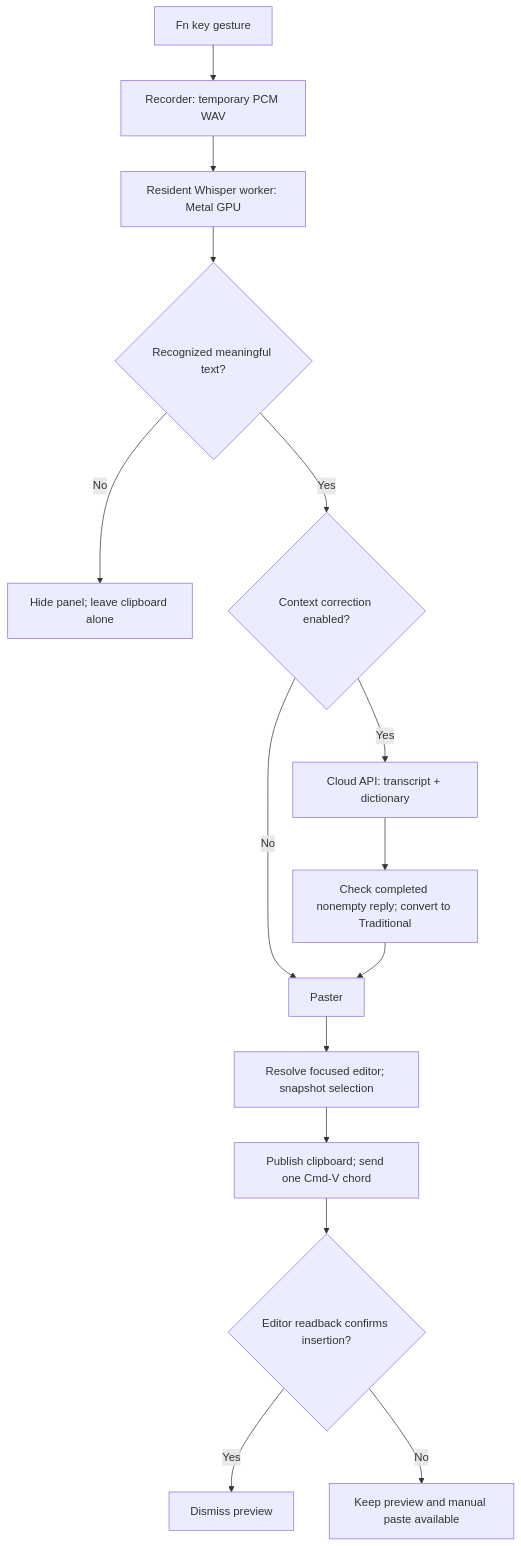
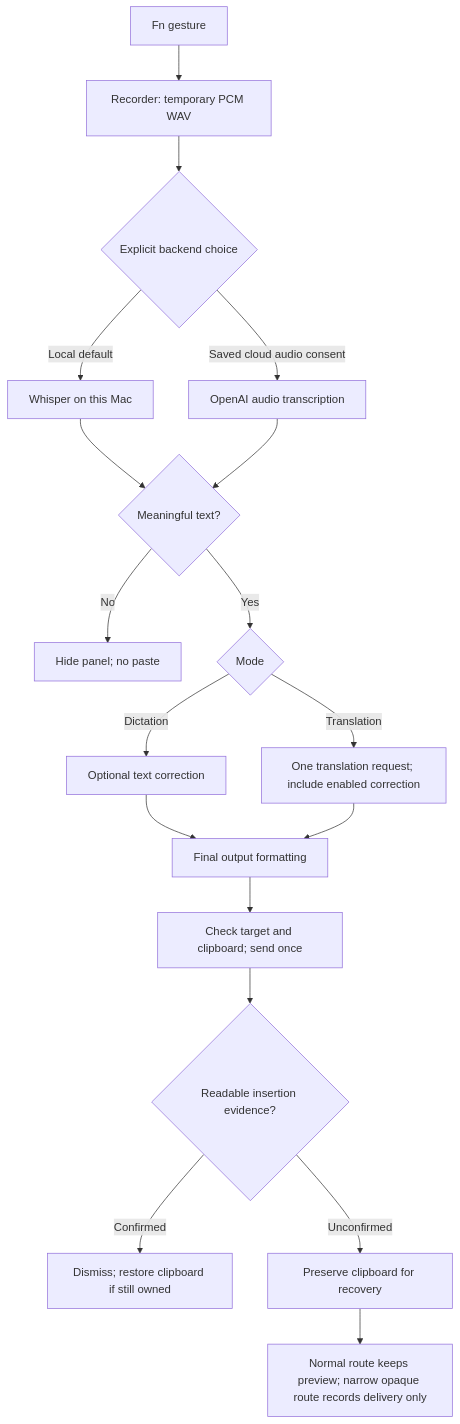
The diagram in docs/ARCHITECTURE.md (0xedgelessblade/edgelesstype), drawn with Mermaid before and after one commit. The commit also changed other lines of this file and 7 other files, not shown here.

Commit message:
Document privacy-safe debugging lessons and current data flows

````diff
--- a/docs/ARCHITECTURE.md
+++ b/docs/ARCHITECTURE.md
@@ -11,17 +11,20 @@
 ```mermaid
 flowchart TD
-    A["Fn key gesture"] --> B["Recorder: temporary PCM WAV"]
-    B --> C["Resident Whisper worker: Metal GPU"]
-    C --> D{"Recognized meaningful text?"}
-    D -- No --> E["Hide panel; leave clipboard alone"]
-    D -- Yes --> F{"Context correction enabled?"}
-    F -- No --> I["Paster"]
-    F -- Yes --> G["Cloud API: transcript + dictionary"]
-    G --> H["Check completed nonempty reply; convert to Traditional"]
-    H --> I
-    I --> J["Resolve focused editor; snapshot selection"]
-    J --> K["Publish clipboard; send one Cmd-V chord"]
-    K --> L{"Editor readback confirms insertion?"}
-    L -- Yes --> M["Dismiss preview"]
-    L -- No --> N["Keep preview and manual paste available"]
+    A[Fn gesture] --> B[Recorder: temporary PCM WAV]
+    B --> C{Explicit backend choice}
+    C -->|Local default| D[Whisper on this Mac]
+    C -->|Saved cloud audio consent| E[OpenAI audio transcription]
+    D --> F{Meaningful text?}
+    E --> F
+    F -->|No| G[Hide panel; no paste]
+    F -->|Yes| H{Mode}
+    H -->|Dictation| I[Optional text correction]
+    H -->|Translation| J[One translation request; include enabled correction]
+    I --> K[Final output formatting]
+    J --> K
+    K --> L[Check target and clipboard; send once]
+    L --> M{Readable insertion evidence?}
+    M -->|Confirmed| N[Dismiss; restore clipboard if still owned]
+    M -->|Unconfirmed| O[Preserve clipboard for recovery]
+    O --> P[Normal route keeps preview; narrow opaque route records delivery only]
 ```
````
